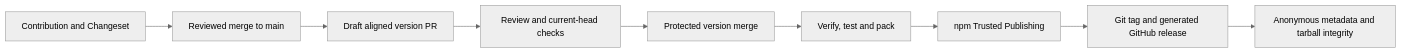
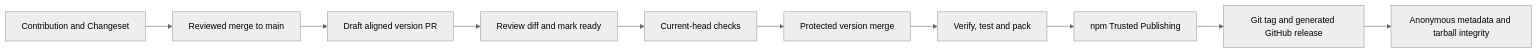
The diagram in docs/Release Management.md (i-9-ai/skills), drawn with Mermaid (neutral theme) before and after one commit. The commit also changed other lines of this file and 7 other files, not shown here.

Commit message:
fix: validate automated version drafts when ready (#88)

````diff
--- a/docs/Release Management.md
+++ b/docs/Release Management.md
@@ -28,11 +28,12 @@
 ```mermaid
 flowchart LR
     Notes[Contribution and Changeset] --> Main[Reviewed merge to main]
     Main --> Version[Draft aligned version PR]
-    Version --> Review[Review and current-head checks]
+    Version --> Ready[Review diff and mark ready]
+    Ready --> Review[Current-head checks]
     Review --> Merge[Protected version merge]
     Merge --> Pack[Verify, test and pack]
     Pack --> Npm[npm Trusted Publishing]
     Npm --> Release[Git tag and generated GitHub release]
     Release --> Availability[Anonymous metadata and tarball integrity]
 ```
````
